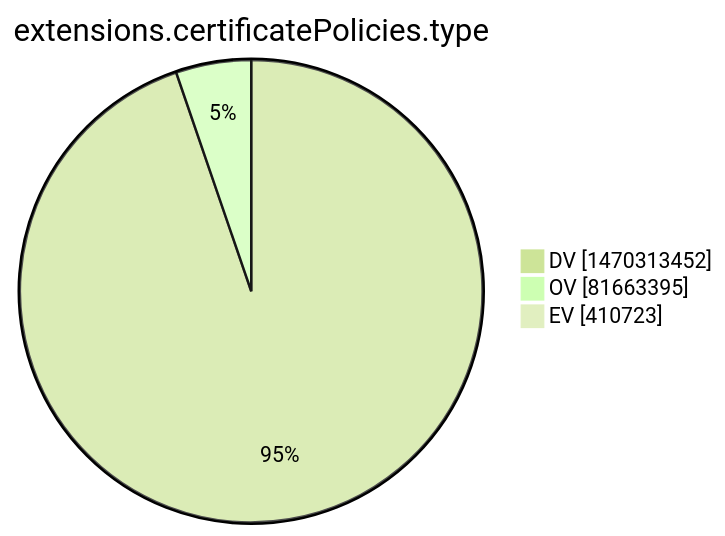
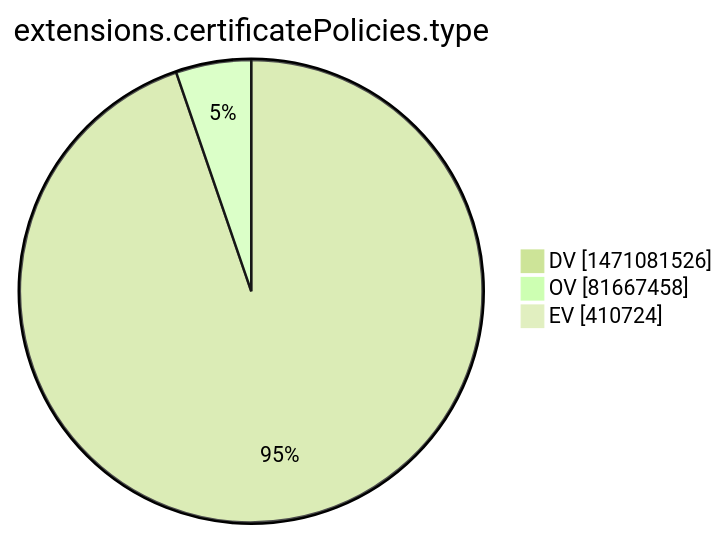
Before and after one commit to christiankrug/ctmonitor_visualization: the tenth of 15 diagrams in xenon2022/README.md, drawn with Mermaid (forest theme). The commit also changed other lines of this file, not shown here.

````diff
--- a/xenon2022/README.md
+++ b/xenon2022/README.md
@@ -2872,7 +2872,7 @@
 ```mermaid
 pie showData
 title extensions.certificatePolicies.type
-"DV" :1470313452
-"OV" :81663395
-"EV" :410723
+"DV" :1471081526
+"OV" :81667458
+"EV" :410724
 ```
````
